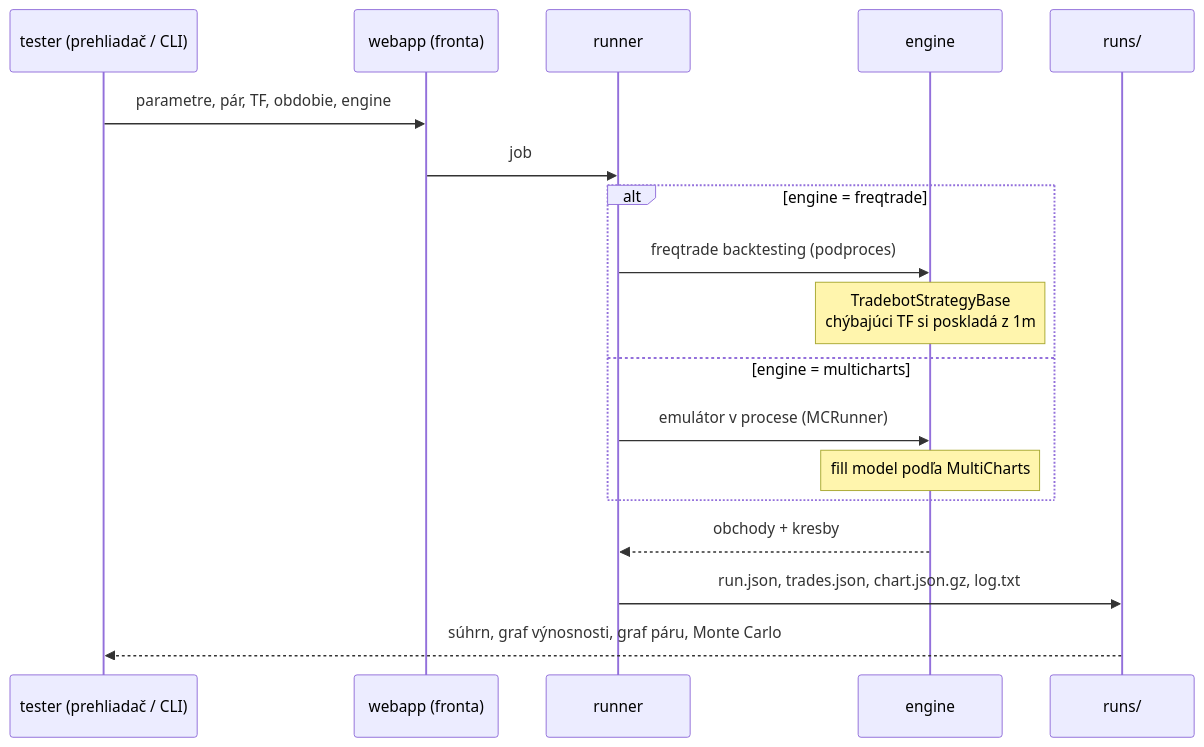
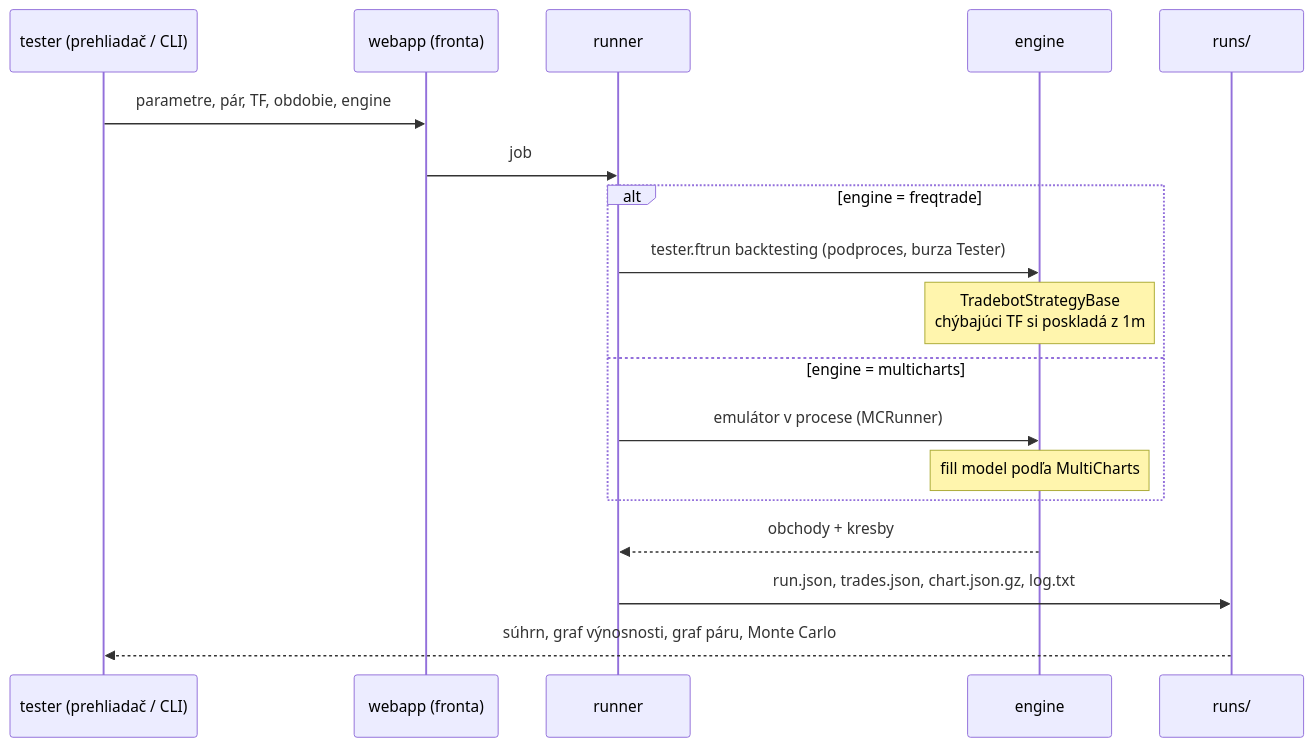
One commit to materko/imbalance_strategy changed the third of 3 diagrams in docs/ARCHITEKTURA.md. Above: the diagram before and after it, drawn with Mermaid. The commit also changed other lines of this file and 45 other files, not shown here.

````diff
--- a/docs/ARCHITEKTURA.md
+++ b/docs/ARCHITEKTURA.md
@@ -80,21 +80,21 @@
 ```mermaid
 sequenceDiagram
     participant U as tester (prehliadač / CLI)
     participant W as webapp (fronta)
     participant R as runner
     participant E as engine
     participant S as runs/
 
     U->>W: parametre, pár, TF, obdobie, engine
     W->>R: job
     alt engine = freqtrade
-        R->>E: freqtrade backtesting (podproces)
+        R->>E: tester.ftrun backtesting (podproces, burza Tester)
         Note over E: TradebotStrategyBase<br/>chýbajúci TF si poskladá z 1m
     else engine = multicharts
         R->>E: emulátor v procese (MCRunner)
         Note over E: fill model podľa MultiCharts
     end
     E-->>R: obchody + kresby
     R->>S: run.json, trades.json, chart.json.gz, log.txt
     S-->>U: súhrn, graf výnosnosti, graf páru, Monte Carlo
 ```
````
